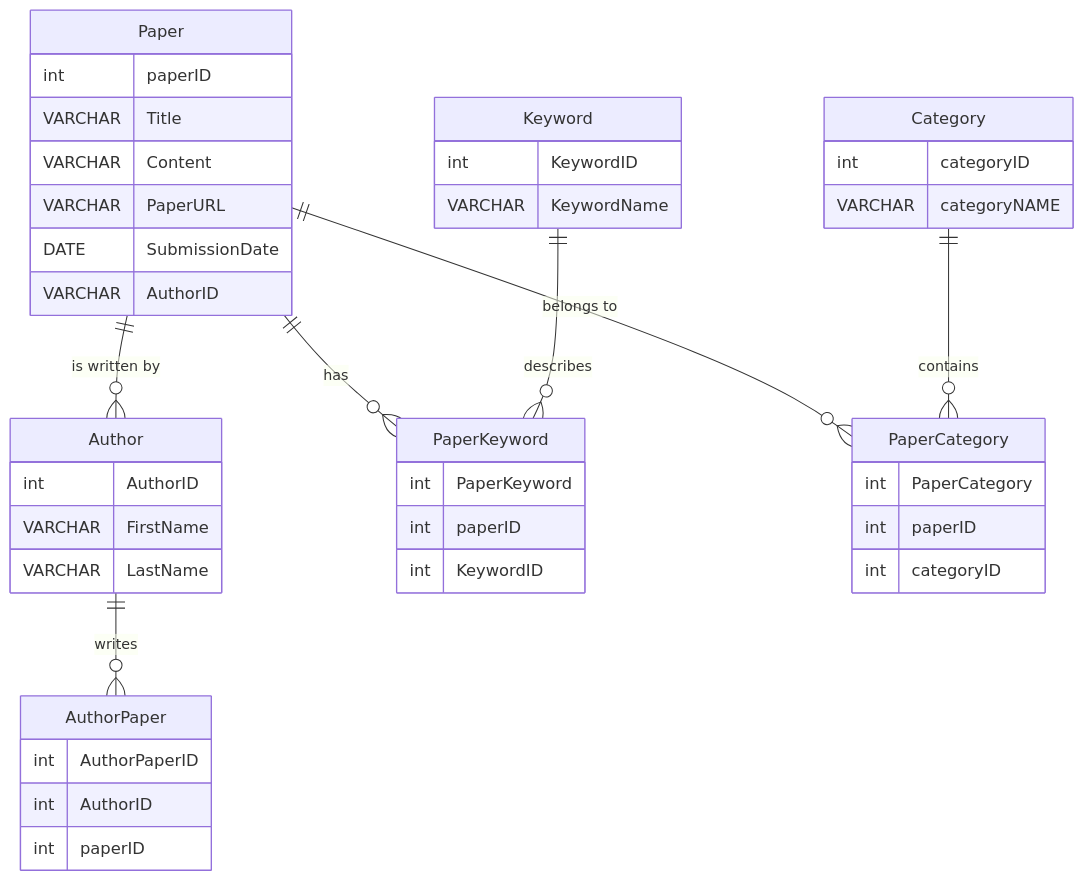
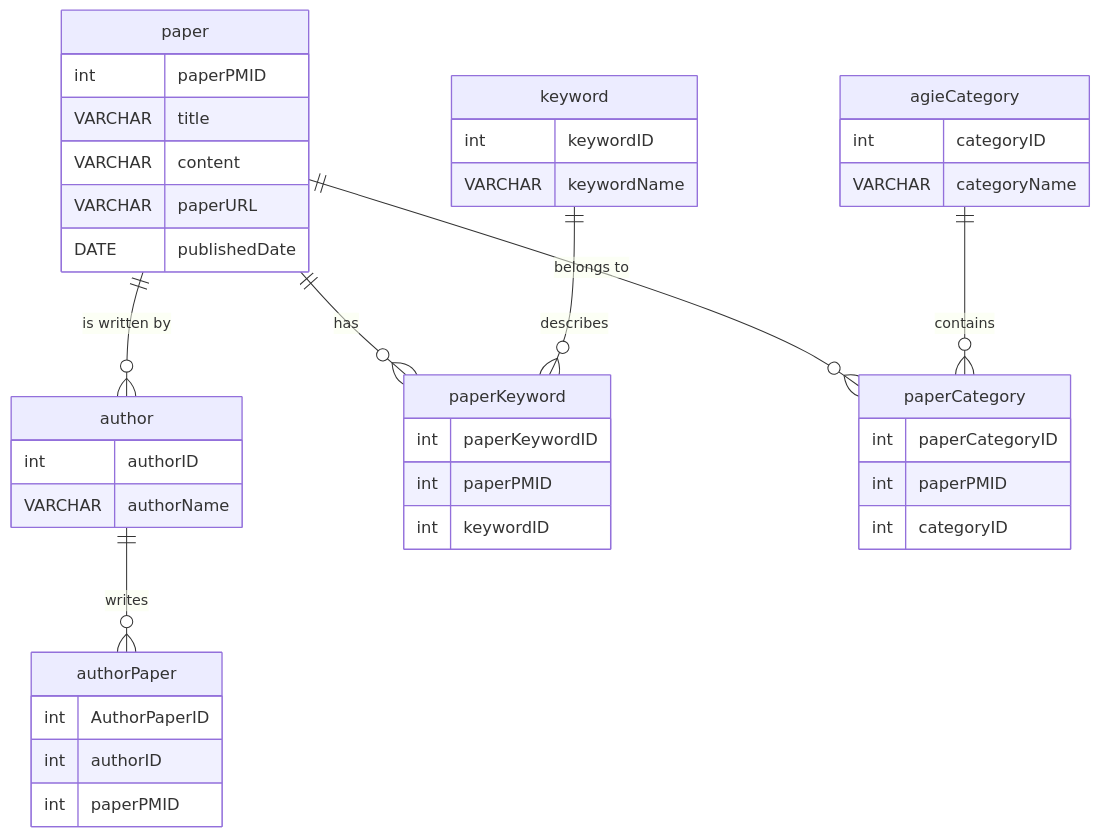
Before and after one commit to VCU-CS-Capstone/CS-24-333-Developing-a-central-hub-for-gender-outcome-programs-in-STEMM: the diagram in src/capstone-backend/src/CS_24_333.qmd, drawn with Mermaid. The commit also changed other lines of this file and 2 other files, not shown here.

Commit message:
updated sql and qmd file again

````diff
--- a/src/capstone-backend/src/CS_24_333.qmd
+++ b/src/capstone-backend/src/CS_24_333.qmd
@@ -95,46 +95,44 @@
 ```{mermaid}
 %%| echo: false
 erDiagram
-    Paper ||--o{ Author : "is written by"
-    Paper ||--o{ PaperKeyword : "has"
-    Paper ||--o{ PaperCategory : "belongs to"
-    Category ||--o{ PaperCategory : "contains"
-    Keyword ||--o{ PaperKeyword : "describes"
-    Author ||--o{ AuthorPaper : "writes"
-Paper {
-    int paperID
-    VARCHAR Title
-    VARCHAR Content
-    VARCHAR PaperURL
-    DATE SubmissionDate
-    VARCHAR AuthorID
+    paper ||--o{ author : "is written by"
+    paper ||--o{ paperKeyword : "has"
+    paper ||--o{ paperCategory : "belongs to"
+    agieCategory ||--o{ paperCategory : "contains"
+    keyword ||--o{ paperKeyword : "describes"
+    author ||--o{ authorPaper : "writes"
+paper {
+    int paperPMID
+    VARCHAR title
+    VARCHAR content
+    VARCHAR paperURL
+    DATE publishedDate
 }
-Author {
-    int AuthorID
-    VARCHAR FirstName
-    VARCHAR LastName
+author {
+    int authorID
+    VARCHAR authorName
 }
-Category {
+agieCategory {
     int categoryID
-    VARCHAR categoryNAME
+    VARCHAR categoryName
 }
-Keyword {
-    int KeywordID
-    VARCHAR KeywordName
+keyword {
+    int keywordID
+    VARCHAR keywordName
 }
-PaperKeyword {
-    int PaperKeyword
-    int paperID
-    int KeywordID
+paperKeyword {
+    int paperKeywordID
+    int paperPMID
+    int keywordID
 }
-PaperCategory {
-    int PaperCategory
-    int paperID
+paperCategory {
+    int paperCategoryID
+    int paperPMID
     int categoryID
 }
-AuthorPaper {
+authorPaper {
     int AuthorPaperID
-    int AuthorID
-    int paperID
+    int authorID
+    int paperPMID
 }
 ```
````
